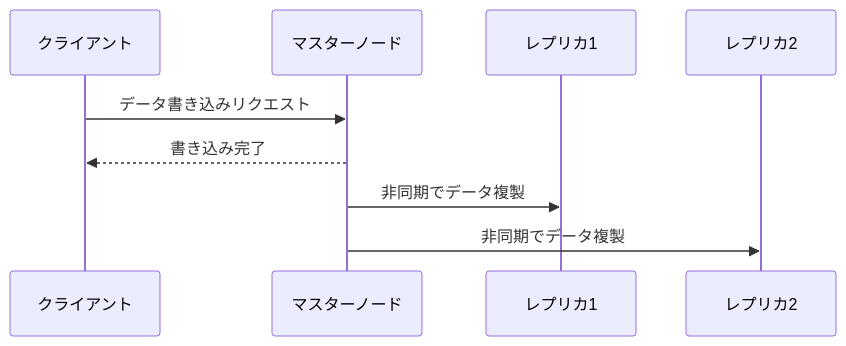
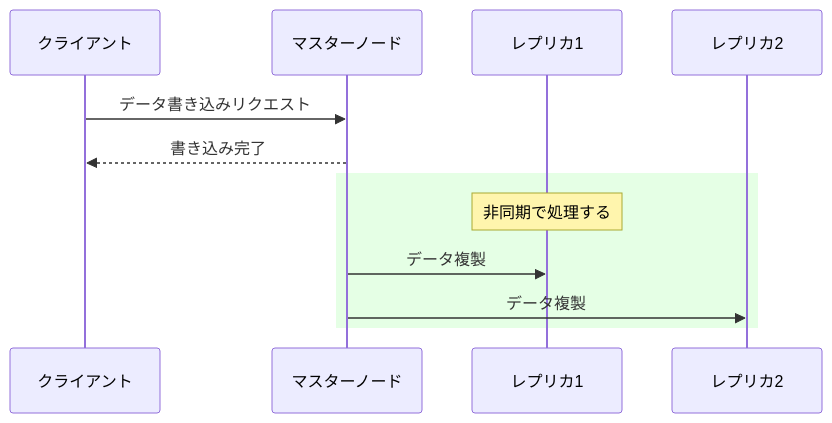
The second of 5 diagrams in articles/9ed5b7ef3cc9df.md (mshr0969/zenn-content), drawn with Mermaid before and after one commit. The commit also changed other lines of this file, not shown here.

````diff
--- a/articles/9ed5b7ef3cc9df.md
+++ b/articles/9ed5b7ef3cc9df.md
@@ -51,12 +52,15 @@
 ```mermaid
 sequenceDiagram
     participant Client as クライアント
     participant Master as マスターノード
     participant Replica1 as レプリカ1
     participant Replica2 as レプリカ2
 
     Client->>Master: データ書き込みリクエスト
     Master-->>Client: 書き込み完了
-    Master->>Replica1: 非同期でデータ複製
-    Master->>Replica2: 非同期でデータ複製
+    rect rgba(0, 255, 0, .1)
+        Note over Replica1: 非同期で処理する
+        Master->>Replica1: データ複製
+        Master->>Replica2: データ複製
+    end
 ```
````
